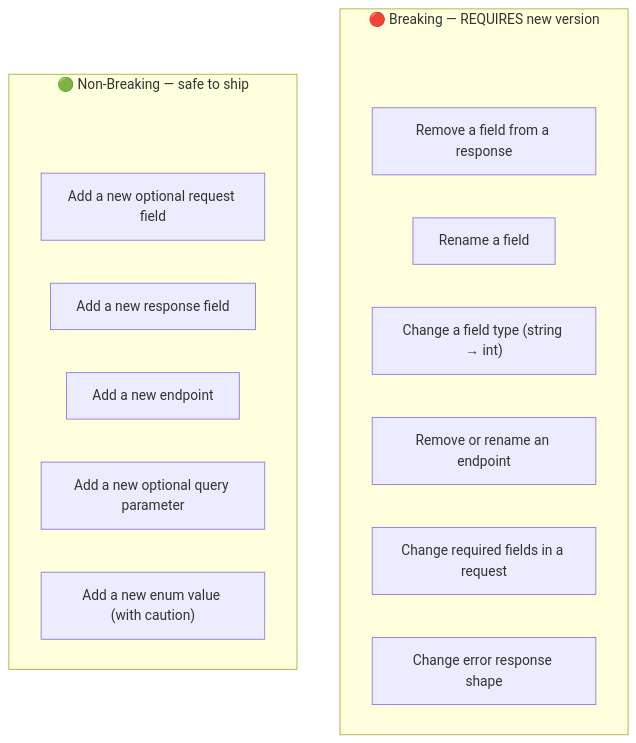
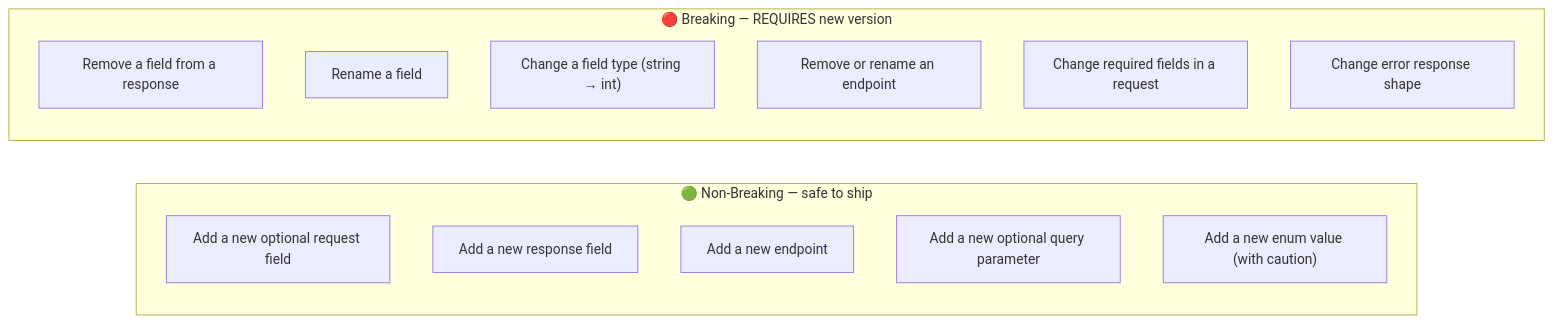
The third of 6 diagrams in internal/fundamentals/api-lifecycle-and-deployment/01-versioning.md (romangurevitch/GoTraining), drawn with Mermaid before and after one commit. The commit also changed other lines of this file and 20 other files, not shown here.

````diff
--- a/internal/fundamentals/api-lifecycle-and-deployment/01-versioning.md
+++ b/internal/fundamentals/api-lifecycle-and-deployment/01-versioning.md
@@ -69,24 +68,23 @@
 ```mermaid
-graph TB
+graph TD
     subgraph Breaking["🔴 Breaking — REQUIRES new version"]
-        SPACE1["  "]
+        direction TB
         B1["Remove a field from a response"]
         B2["Rename a field"]
         B3["Change a field type (string → int)"]
         B4["Remove or rename an endpoint"]
         B5["Change required fields in a request"]
         B6["Change error response shape"]
     end
 
+    Breaking ~~~ NonBreaking
+
     subgraph NonBreaking["🟢 Non-Breaking — safe to ship"]
-        SPACE2["  "]
+        direction TB
         N1["Add a new optional request field"]
         N2["Add a new response field"]
         N3["Add a new endpoint"]
         N4["Add a new optional query parameter"]
         N5["Add a new enum value (with caution)"]
     end
-
-    style SPACE1 fill:none,stroke:none
-    style SPACE2 fill:none,stroke:none
 ```
````
